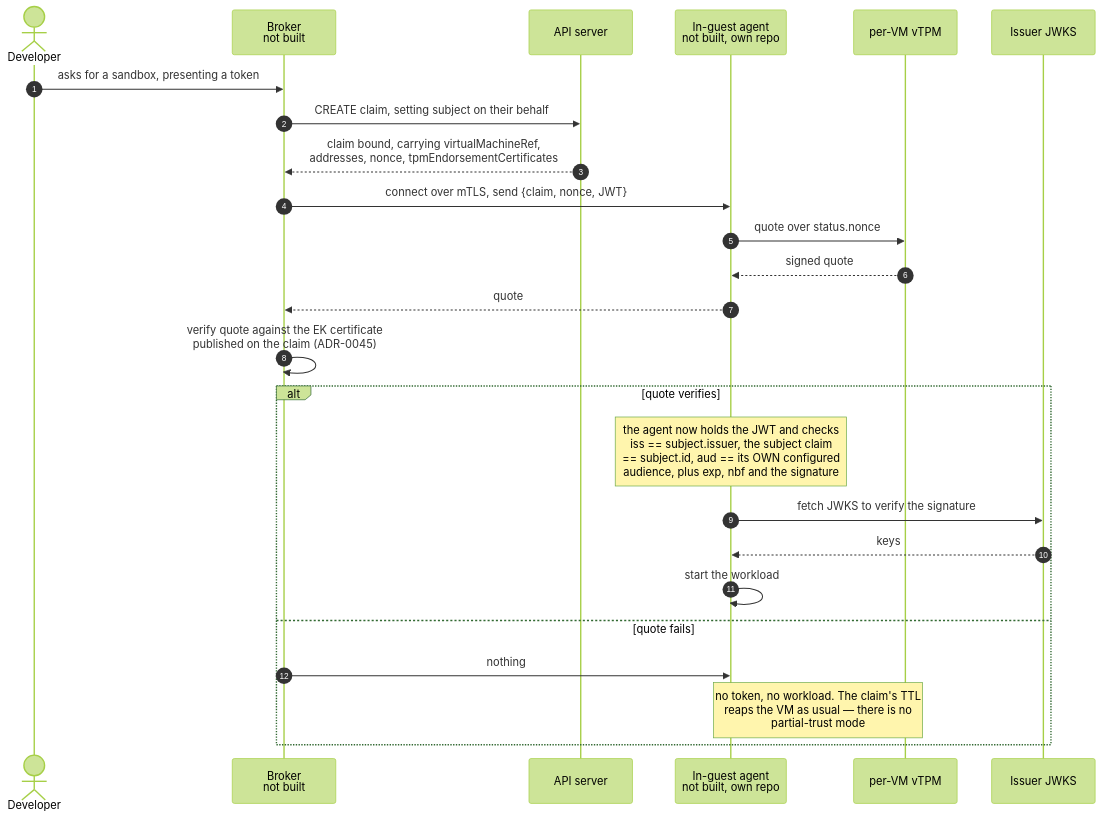
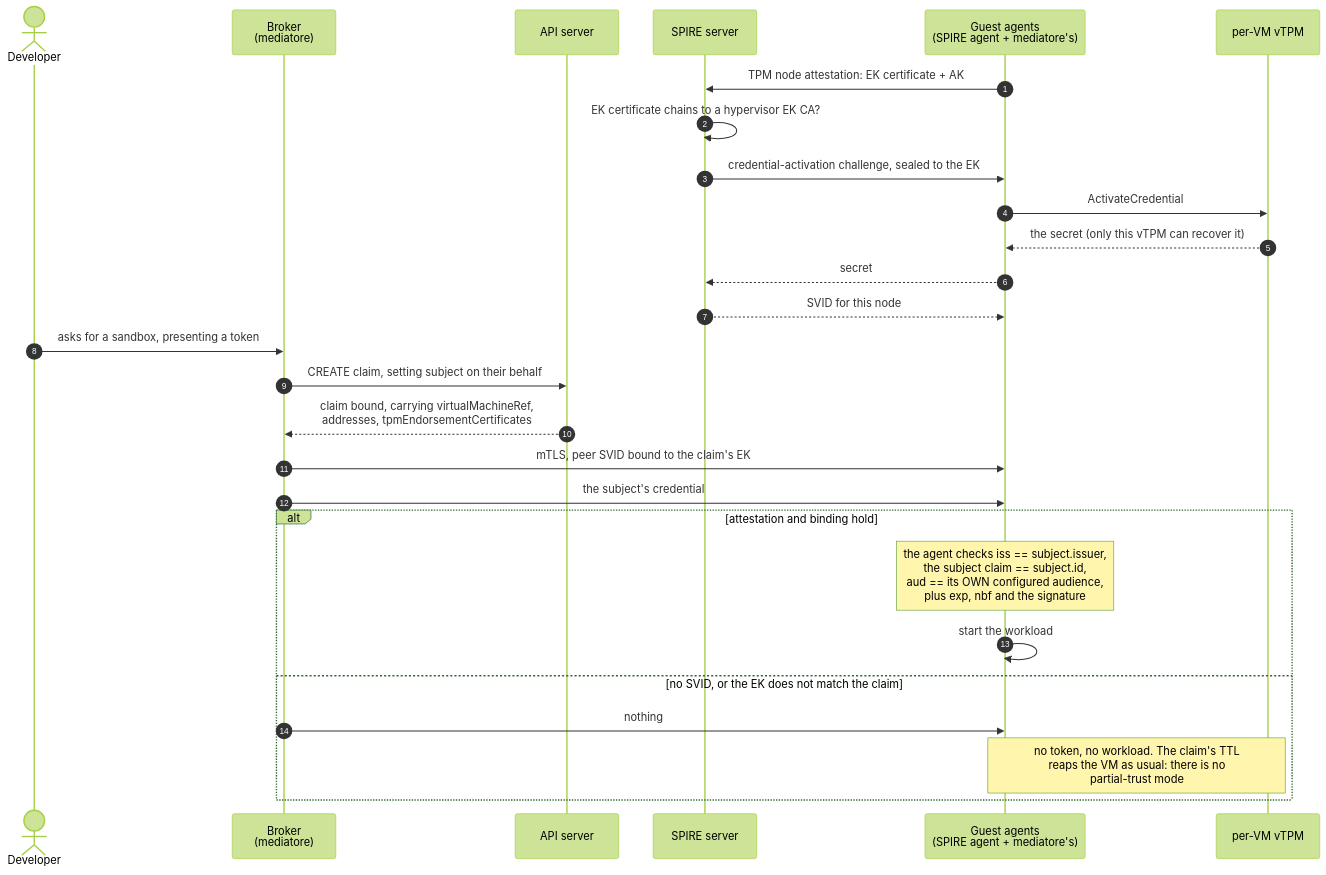
One commit to firestoned/banlieue changed the tenth of 11 diagrams in docs/src/concepts/virtualmachine-claim-flow.md. Above: the diagram before and after it, drawn with Mermaid (forest theme). The commit also changed other lines of this file and 20 other files, not shown here.

Commit message:
docs(adr): accept ADR-0108; amend ADR-0049 (SPIRE attestation, status.nonce retired) (#142)

````diff
--- a/docs/src/concepts/virtualmachine-claim-flow.md
+++ b/docs/src/concepts/virtualmachine-claim-flow.md
@@ -440,30 +443,32 @@
 ```mermaid
 sequenceDiagram
     autonumber
     actor Dev as Developer
-    participant BR as Broker<br/>not built
+    participant BR as Broker<br/>(mediatore)
     participant API as API server
-    participant AG as In-guest agent<br/>not built, own repo
+    participant SP as SPIRE server
+    participant AG as Guest agents<br/>(SPIRE agent + mediatore's)
     participant TPM as per-VM vTPM
-    participant IDP as Issuer JWKS
+
+    AG->>SP: TPM node attestation: EK certificate + AK
+    SP->>SP: EK certificate chains to a hypervisor EK CA?
+    SP->>AG: credential-activation challenge, sealed to the EK
+    AG->>TPM: ActivateCredential
+    TPM-->>AG: the secret (only this vTPM can recover it)
+    AG-->>SP: secret
+    SP-->>AG: SVID for this node
 
     Dev->>BR: asks for a sandbox, presenting a token
     BR->>API: CREATE claim, setting subject on their behalf
-    API-->>BR: claim bound, carrying virtualMachineRef,<br/>addresses, nonce, tpmEndorsementCertificates
+    API-->>BR: claim bound, carrying virtualMachineRef,<br/>addresses, tpmEndorsementCertificates
+    BR->>AG: mTLS, peer SVID bound to the claim's EK
+    BR->>AG: the subject's credential
 
-    BR->>AG: connect over mTLS, send {claim, nonce, JWT}
-    AG->>TPM: quote over status.nonce
-    TPM-->>AG: signed quote
-    AG-->>BR: quote
-    BR->>BR: verify quote against the EK certificate<br/>published on the claim (ADR-0045)
-
-    alt quote verifies
-        Note over AG: the agent now holds the JWT and checks<br/>iss == subject.issuer, the subject claim<br/>== subject.id, aud == its OWN configured<br/>audience, plus exp, nbf and the signature
-        AG->>IDP: fetch JWKS to verify the signature
-        IDP-->>AG: keys
+    alt attestation and binding hold
+        Note over AG: the agent checks iss == subject.issuer,<br/>the subject claim == subject.id,<br/>aud == its OWN configured audience,<br/>plus exp, nbf and the signature
         AG->>AG: start the workload
-    else quote fails
+    else no SVID, or the EK does not match the claim
         BR->>AG: nothing
-        Note over AG,TPM: no token, no workload. The claim's TTL<br/>reaps the VM as usual — there is no<br/>partial-trust mode
+        Note over AG,TPM: no token, no workload. The claim's TTL<br/>reaps the VM as usual: there is no<br/>partial-trust mode
     end
 ```
````
